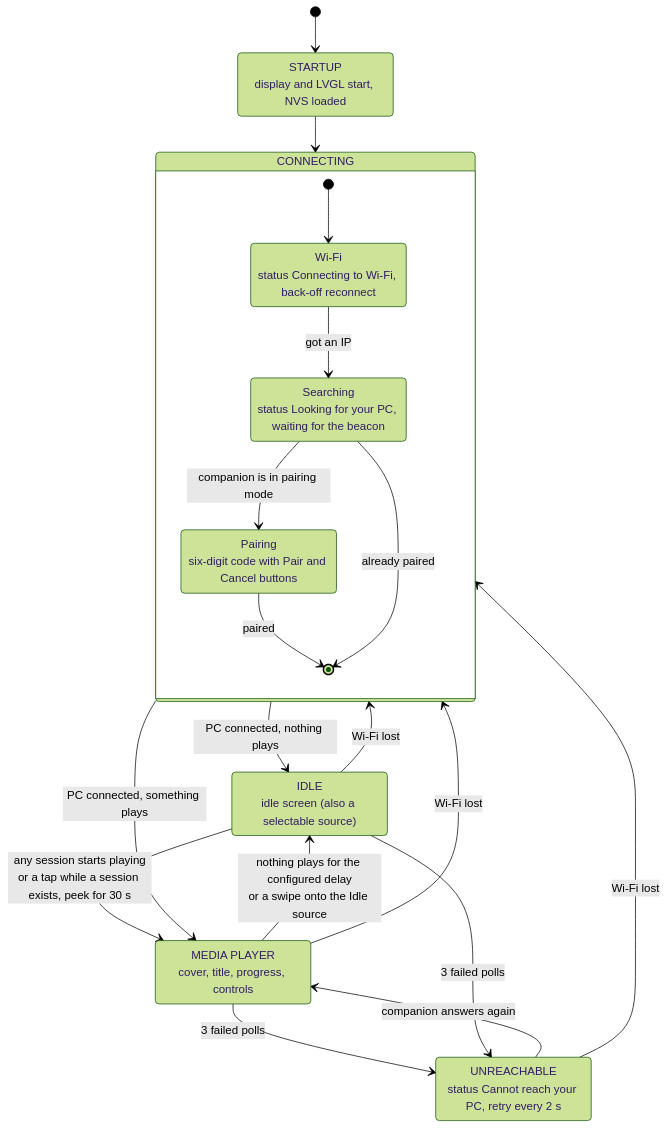
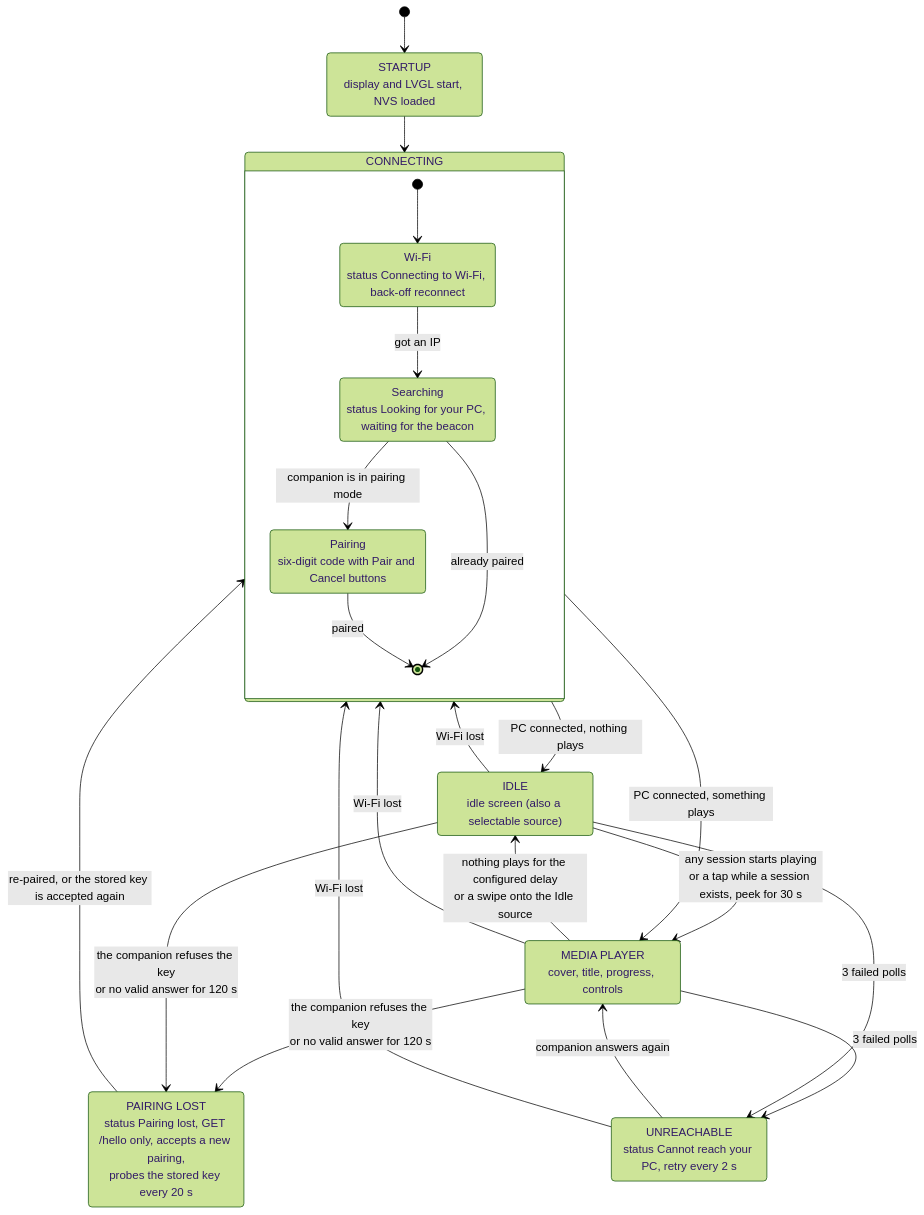
Before and after one commit to shayansharif532/ESP-32-Music-Displayer: the second of 3 diagrams in docs/architecture.md, drawn with Mermaid (forest theme). The commit also changed 7 other files, not shown here.

````diff
--- a/docs/architecture.md
+++ b/docs/architecture.md
@@ -131,33 +131,37 @@
 ```mermaid
 stateDiagram-v2
     [*] --> STARTUP
     STARTUP: STARTUP<br/>display and LVGL start, NVS loaded
     STARTUP --> CONNECTING
 
     state CONNECTING {
         [*] --> WIFI
         WIFI: Wi-Fi<br/>status Connecting to Wi-Fi, back-off reconnect
         SEARCHING: Searching<br/>status Looking for your PC, waiting for the beacon
         PAIRING: Pairing<br/>six-digit code with Pair and Cancel buttons
         WIFI --> SEARCHING: got an IP
         SEARCHING --> PAIRING: companion is in pairing mode
         PAIRING --> [*]: paired
         SEARCHING --> [*]: already paired
     }
 
     CONNECTING --> IDLE: PC connected, nothing plays
     CONNECTING --> MEDIA_PLAYER: PC connected, something plays
 
     IDLE: IDLE<br/>idle screen (also a selectable source)
     MEDIA_PLAYER: MEDIA PLAYER<br/>cover, title, progress, controls
     IDLE --> MEDIA_PLAYER: any session starts playing<br/>or a tap while a session exists, peek for 30 s
     MEDIA_PLAYER --> IDLE: nothing plays for the configured delay<br/>or a swipe onto the Idle source
 
+    PAIRING_LOST: PAIRING LOST<br/>status Pairing lost, GET /hello only, accepts a new pairing,<br/>probes the stored key every 20 s
+    MEDIA_PLAYER --> PAIRING_LOST: the companion refuses the key<br/>or no valid answer for 120 s
+    IDLE --> PAIRING_LOST: the companion refuses the key<br/>or no valid answer for 120 s
+    PAIRING_LOST --> CONNECTING: re-paired, or the stored key is accepted again
     MEDIA_PLAYER --> UNREACHABLE: 3 failed polls
     IDLE --> UNREACHABLE: 3 failed polls
     UNREACHABLE: UNREACHABLE<br/>status Cannot reach your PC, retry every 2 s
     UNREACHABLE --> MEDIA_PLAYER: companion answers again
     UNREACHABLE --> CONNECTING: Wi-Fi lost
     MEDIA_PLAYER --> CONNECTING: Wi-Fi lost
     IDLE --> CONNECTING: Wi-Fi lost
 ```
````
